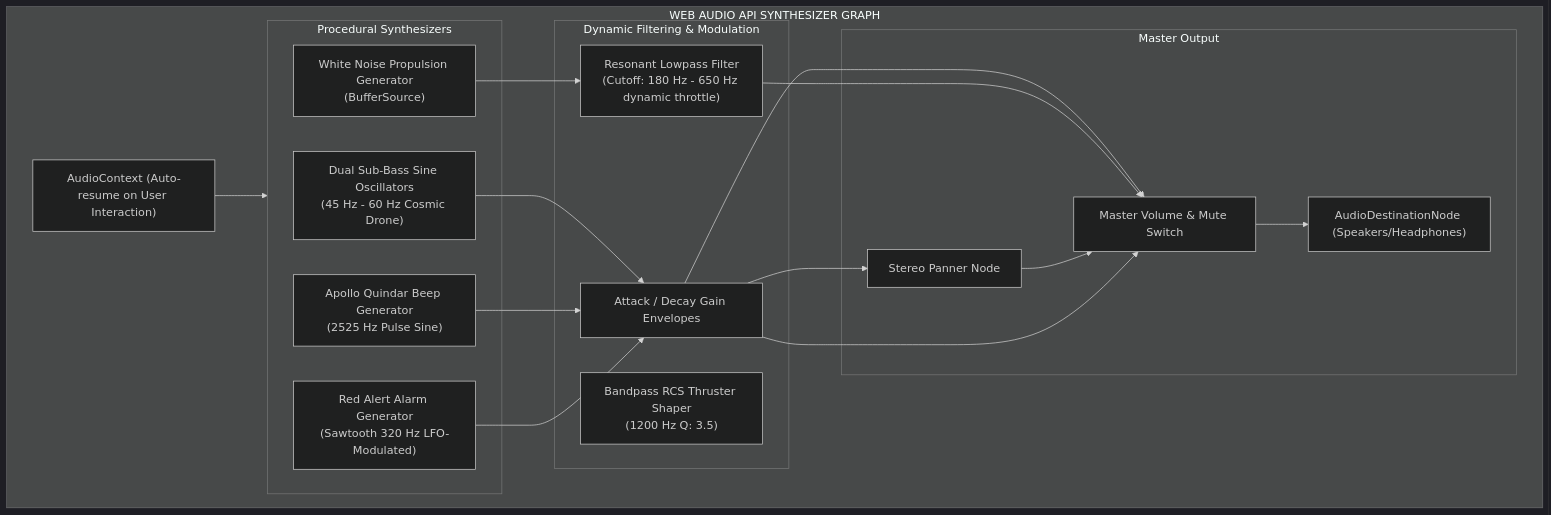
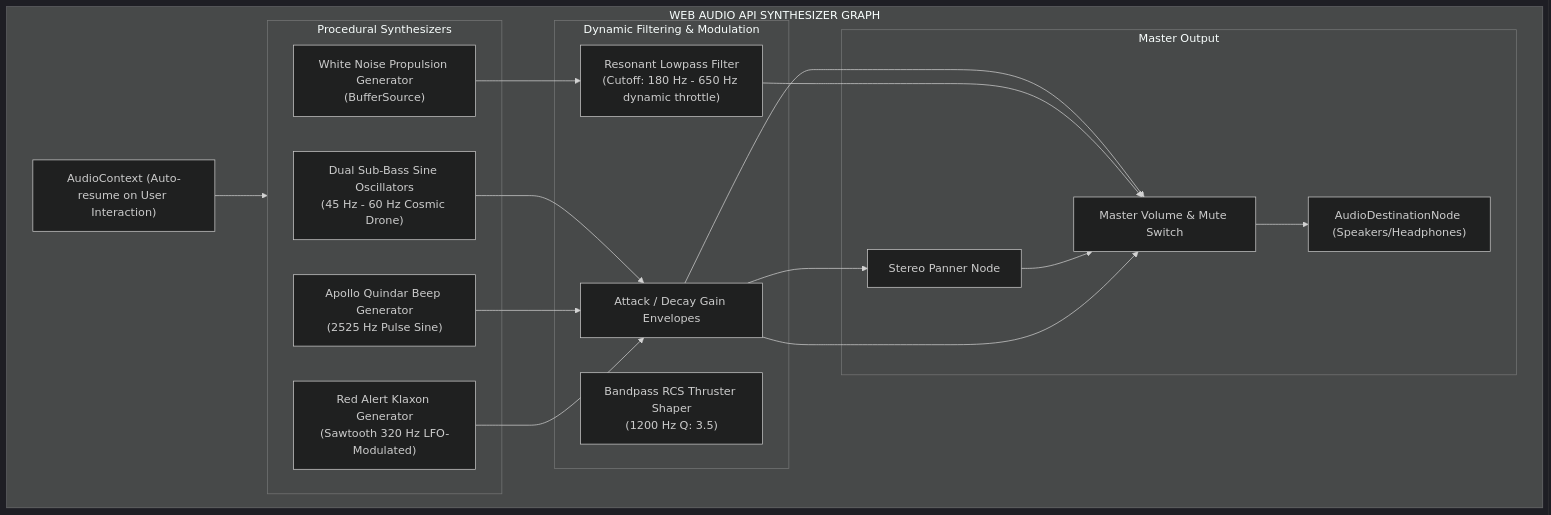
Before and after one commit to Mostafa-Shariare/mission-forge-project-aurora: the third of 3 diagrams in README.md, drawn with Mermaid (dark theme). The commit also changed other lines of this file, not shown here.

Commit message:
Enhance README documentation with architecture tree, test metrics, and deployment guides

````diff
--- a/README.md
+++ b/README.md
@@ -106,32 +126,32 @@
 ```mermaid
 flowchart TD
     subgraph Engine["WEB AUDIO API SYNTHESIZER GRAPH"]
         AC["AudioContext (Auto-resume on User Interaction)"]
         
         subgraph Voices["Procedural Synthesizers"]
             OSC1["Dual Sub-Bass Sine Oscillators<br/>(45 Hz - 60 Hz Cosmic Drone)"]
             W_NOISE["White Noise Propulsion Generator<br/>(BufferSource)"]
             Q_TONE["Apollo Quindar Beep Generator<br/>(2525 Hz Pulse Sine)"]
-            ALERT["Red Alert Alarm Generator<br/>(Sawtooth 320 Hz LFO-Modulated)"]
+            ALERT["Red Alert Klaxon Generator<br/>(Sawtooth 320 Hz LFO-Modulated)"]
         end
 
         subgraph Filtering["Dynamic Filtering & Modulation"]
             LPF1["Resonant Lowpass Filter<br/>(Cutoff: 180 Hz - 650 Hz dynamic throttle)"]
             BPF1["Bandpass RCS Thruster Shaper<br/>(1200 Hz Q: 3.5)"]
             ENV["Attack / Decay Gain Envelopes"]
         end
 
         subgraph Master["Master Output"]
             PAN["Stereo Panner Node"]
             VOL["Master Volume & Mute Switch"]
             DEST["AudioDestinationNode (Speakers/Headphones)"]
         end
     end
 
     AC --> Voices
     OSC1 --> ENV --> VOL
     W_NOISE --> LPF1 --> VOL
     Q_TONE --> ENV --> PAN --> VOL
     ALERT --> ENV --> VOL
     VOL --> DEST
 ```
````
